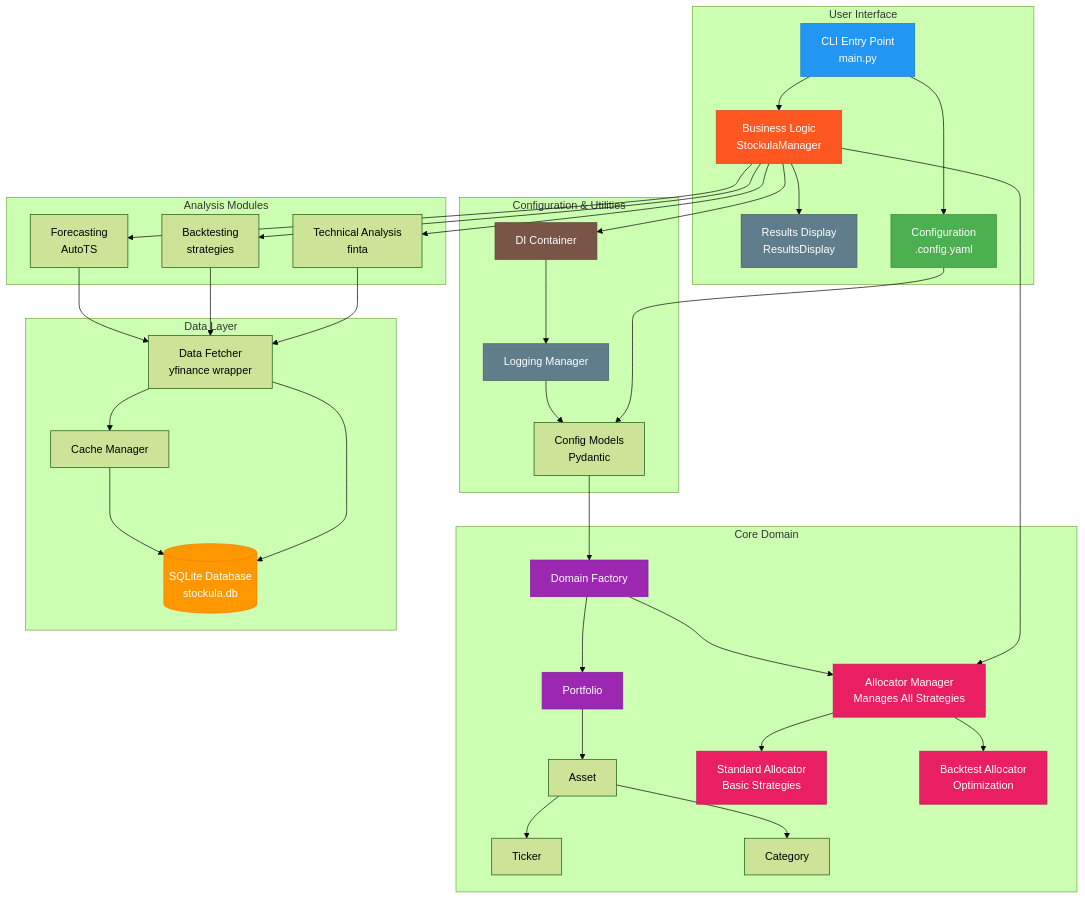
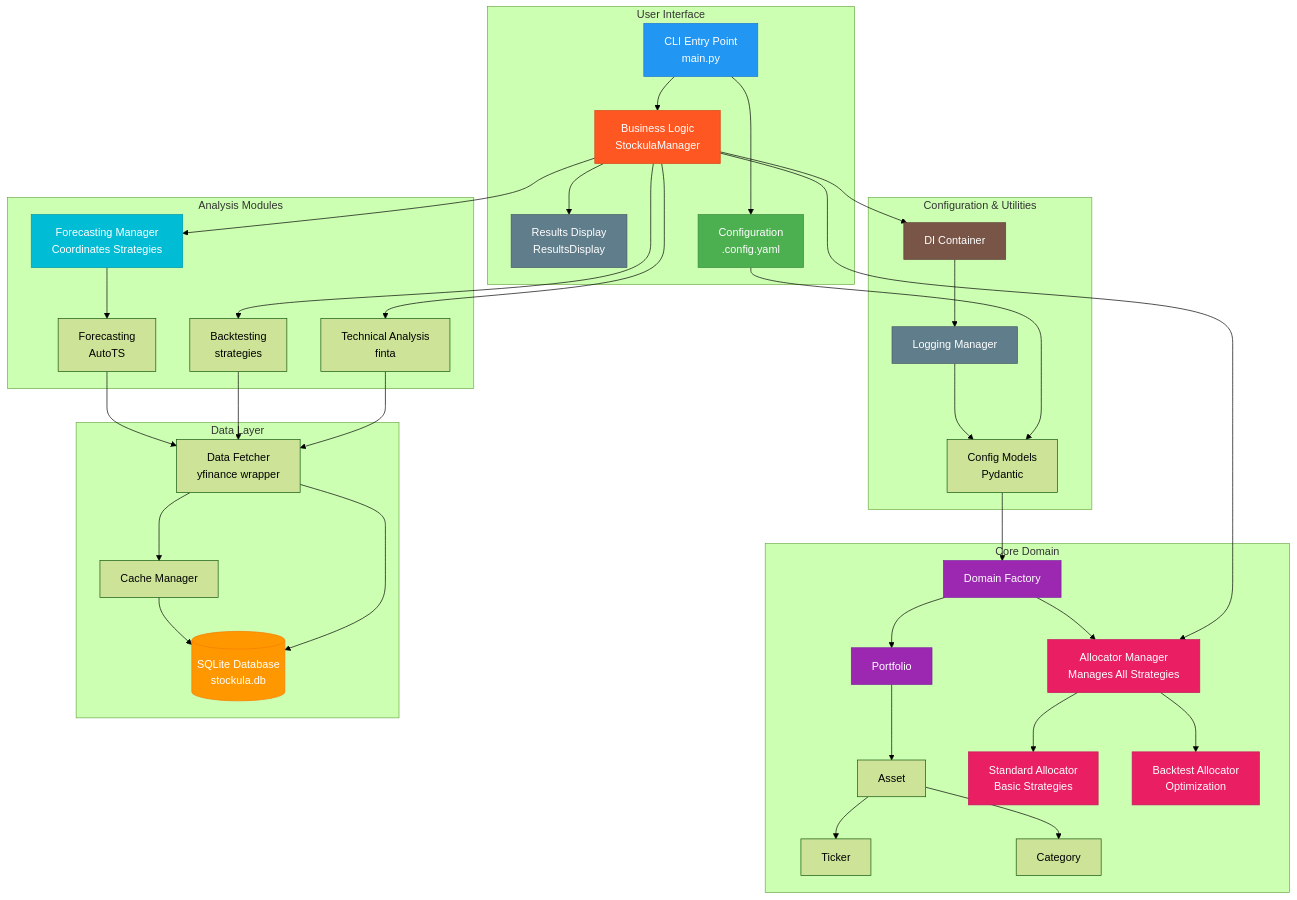
Before and after one commit to mkm29/stockula: the first of 2 diagrams in docs/user-guide/architecture.md, drawn with Mermaid (forest theme). The commit also changed other lines of this file and 7 other files, not shown here.

First line of the commit message:
feat: Introduce ForecastingManager for enhanced forecasting capabilities

````diff
--- a/docs/user-guide/architecture.md
+++ b/docs/user-guide/architecture.md
@@ -34,6 +34,7 @@
         TA[Technical Analysis<br/>finta]
         BT[Backtesting<br/>strategies]
         FC[Forecasting<br/>AutoTS]
+        FCM[Forecasting Manager<br/>Coordinates Strategies]
     end
 
     subgraph "Configuration & Utilities"
@@ -59,7 +60,8 @@
 
     Manager --> TA
     Manager --> BT
-    Manager --> FC
+    Manager --> FCM
+    FCM --> FC
 
     TA --> Fetcher
     BT --> Fetcher
@@ -84,4 +86,5 @@
     style AllocatorManager fill:#E91E63,stroke:#C2185B,color:#fff
     style Allocator fill:#E91E63,stroke:#C2185B,color:#fff
     style BacktestAllocator fill:#E91E63,stroke:#C2185B,color:#fff
+    style FCM fill:#00BCD4,stroke:#0097A7,color:#fff
 ```
````
